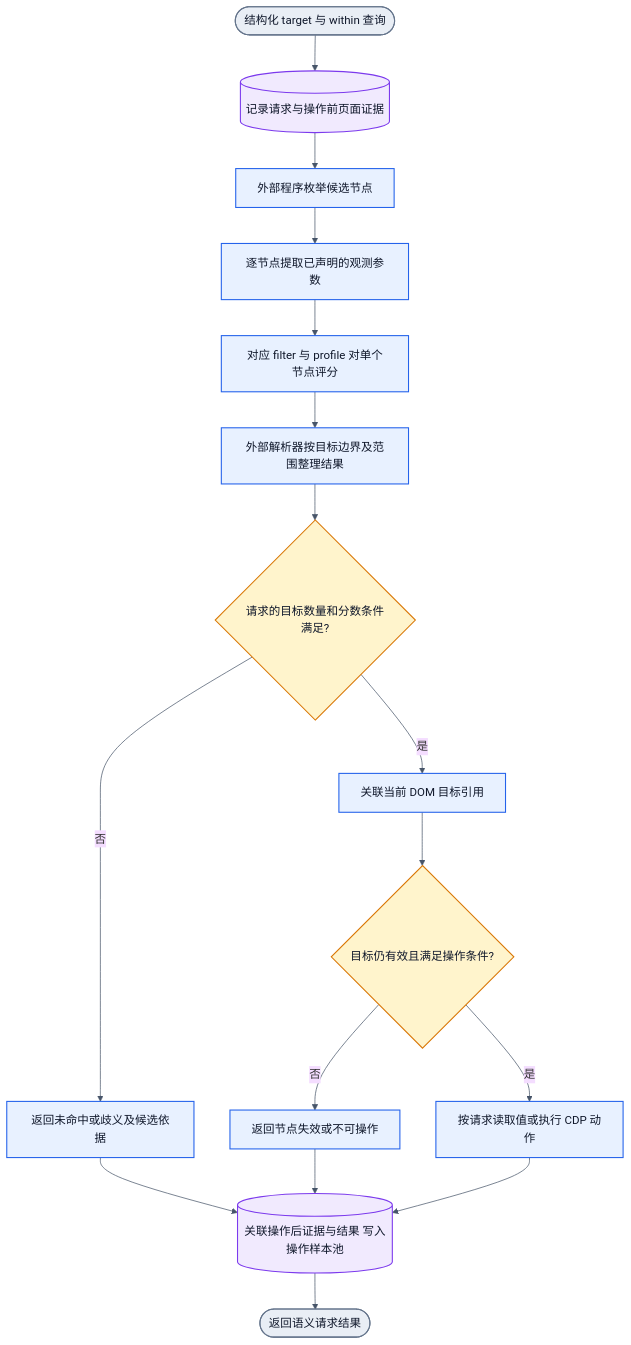
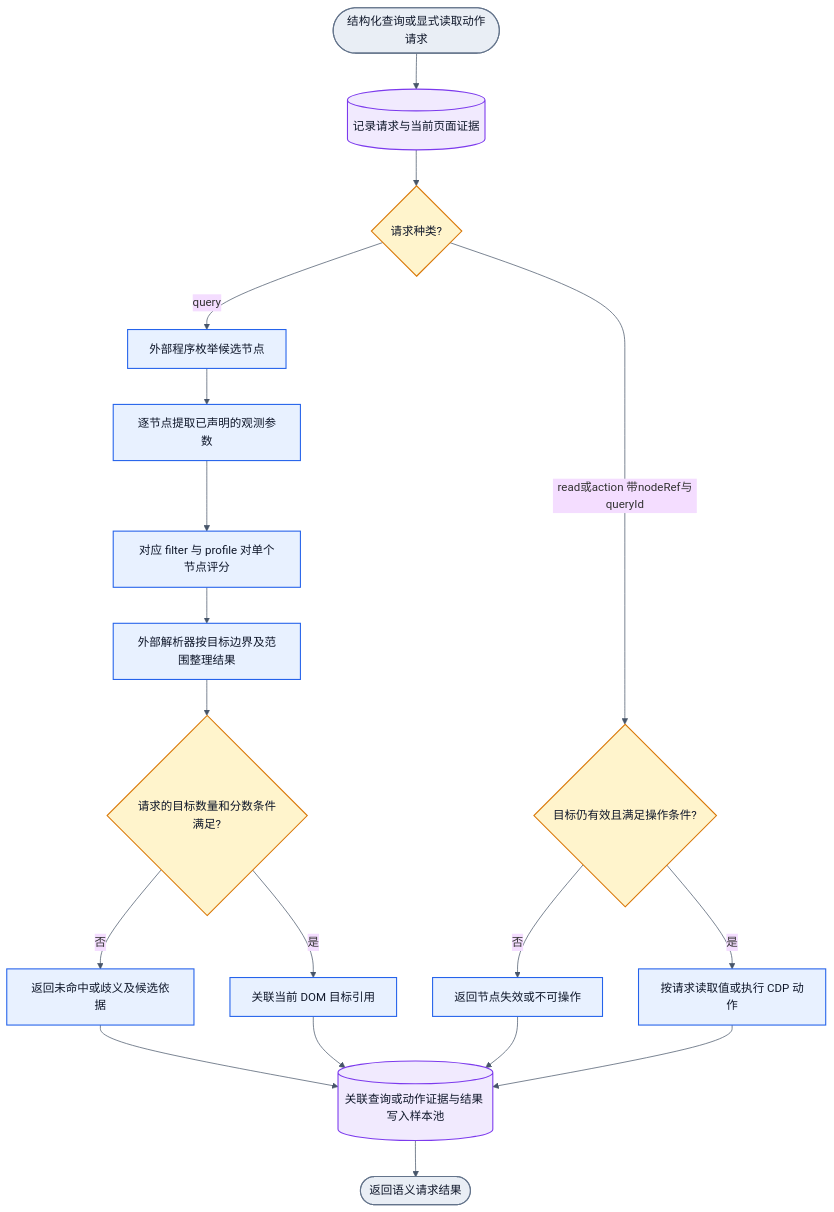
Before and after one commit to Jasonzhangf/NNAnything: the first of 2 diagrams in research/browser-semantic-modes.md, drawn with Mermaid (base theme). The commit also changed other lines of this file and 8 other files, not shown here.

````diff
--- a/research/browser-semantic-modes.md
+++ b/research/browser-semantic-modes.md
@@ -24,24 +24,26 @@
 ```mermaid
 flowchart TD
-  S([结构化 target 与 within 查询]):::boundary --> C[(记录请求与操作前页面证据)]:::data
-  C --> E[外部程序枚举候选节点]:::action
+  S([结构化查询或显式读取动作请求]):::boundary --> C[(记录请求与当前页面证据)]:::data
+  C --> K{请求种类?}:::decision
+  K -->|query| E[外部程序枚举候选节点]:::action
   E --> O[逐节点提取已声明的观测参数]:::action
   O --> F[对应 filter 与 profile 对单个节点评分]:::action
   F --> R[外部解析器按目标边界及范围整理结果]:::action
   R --> D{请求的目标数量和分数条件满足?}:::decision
   D -->|否| N[返回未命中或歧义及候选依据]:::action
   D -->|是| H[关联当前 DOM 目标引用]:::action
-  H --> V{目标仍有效且满足操作条件?}:::decision
+  H --> P
+  K -->|read或action 带nodeRef与queryId| V{目标仍有效且满足操作条件?}:::decision
   V -->|否| X[返回节点失效或不可操作]:::action
   V -->|是| A[按请求读取值或执行 CDP 动作]:::action
-  A --> P[(关联操作后证据与结果 写入操作样本池)]:::data
+  A --> P[(关联查询或动作证据与结果 写入样本池)]:::data
   N --> P
   X --> P
   P --> Z
   Z([返回语义请求结果]):::boundary
   classDef boundary fill:#E9EEF5,stroke:#64748B,color:#0F172A,stroke-width:1.5px
   classDef action fill:#E8F1FF,stroke:#2563EB,color:#0F172A,stroke-width:1.5px
   classDef decision fill:#FFF4CC,stroke:#D97706,color:#0F172A,stroke-width:1.5px
   classDef data fill:#F1EAFE,stroke:#7C3AED,color:#0F172A,stroke-width:1.5px
   linkStyle default stroke:#475569
 ```
````
